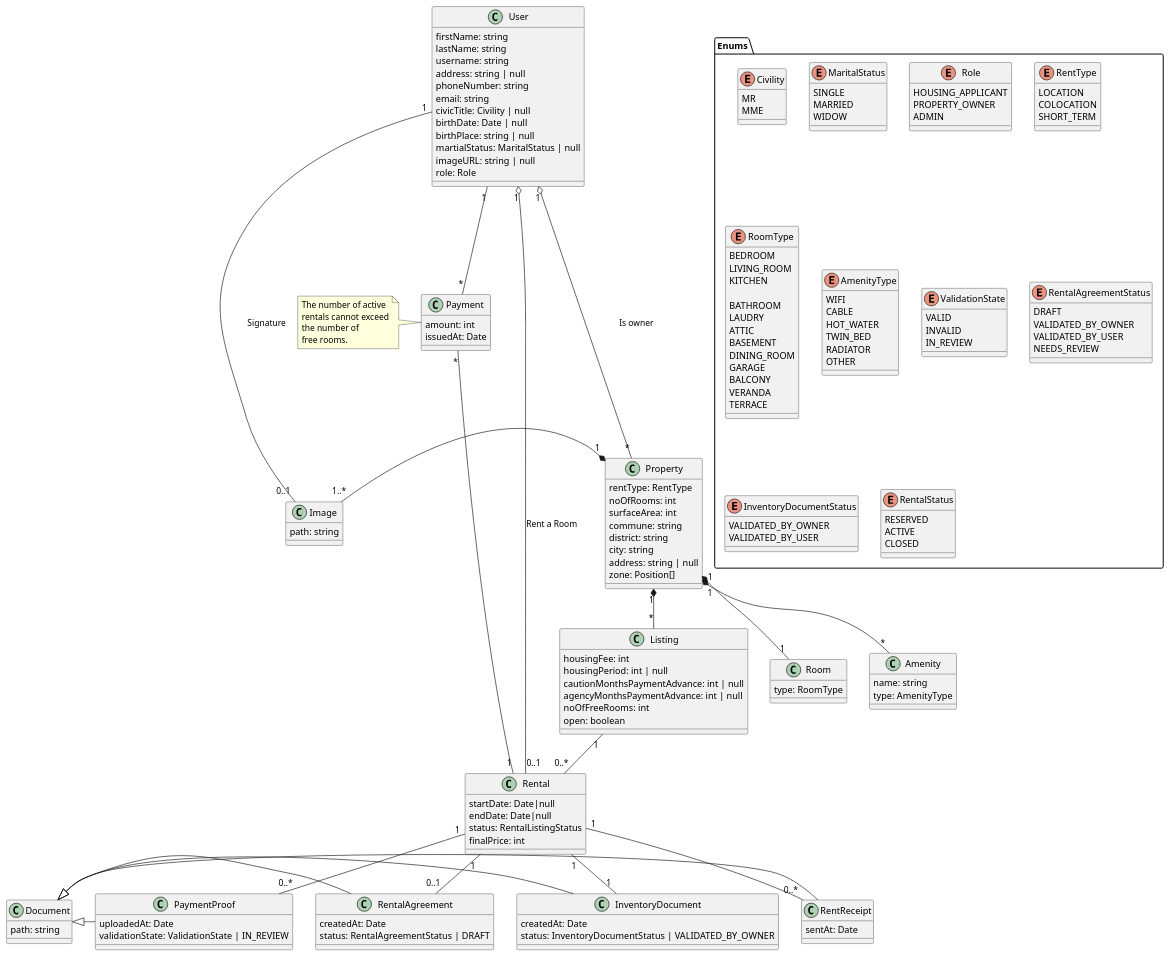
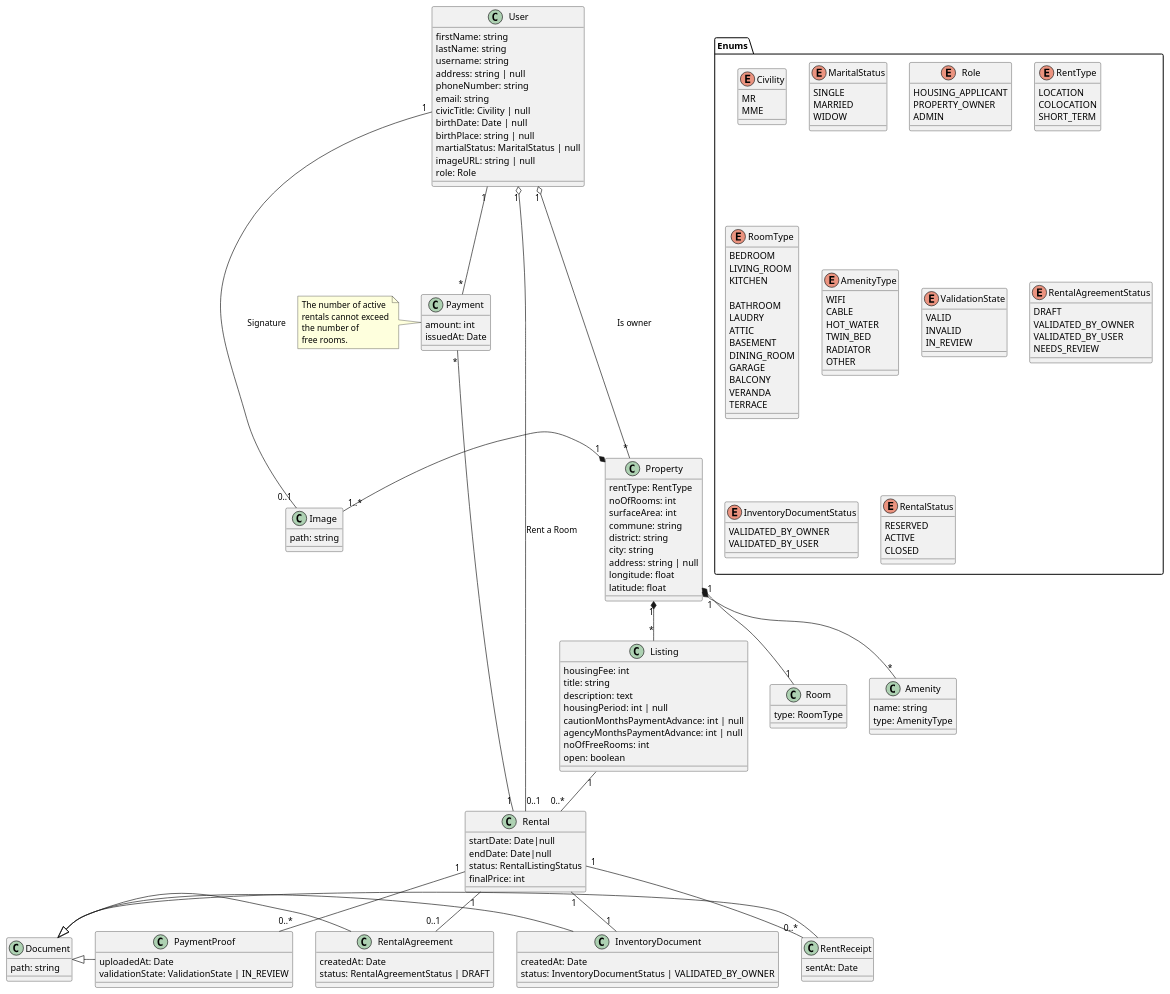
The diagram in uml/classes.puml (CSDEV-Tech/locaci), drawn with PlantUML before and after one commit. The commit also changed 33 other files, not shown here.

```diff
--- a/uml/classes.puml
+++ b/uml/classes.puml
@@ -123,7 +123,8 @@
     district: string
     city: string
     address: string | null
-    zone: Position[]
+    longitude: float 
+    latitude: float
 }
 
 
@@ -167,7 +168,9 @@
 class Listing {
     ' prix de location
     housingFee: int
-    ' Périodicité si forfait
+    title: string
+    description: text
+    ' Périodicité si forfait    
     housingPeriod: int | null
     cautionMonthsPaymentAdvance: int | null
     agencyMonthsPaymentAdvance: int | null
```
